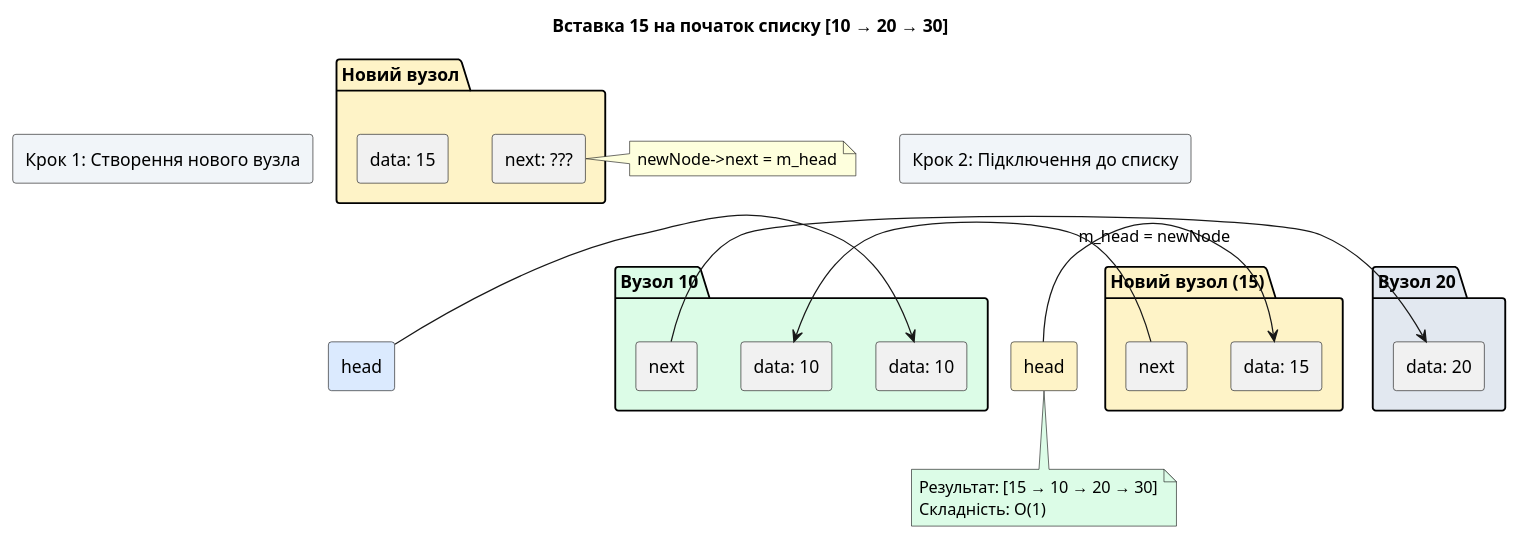
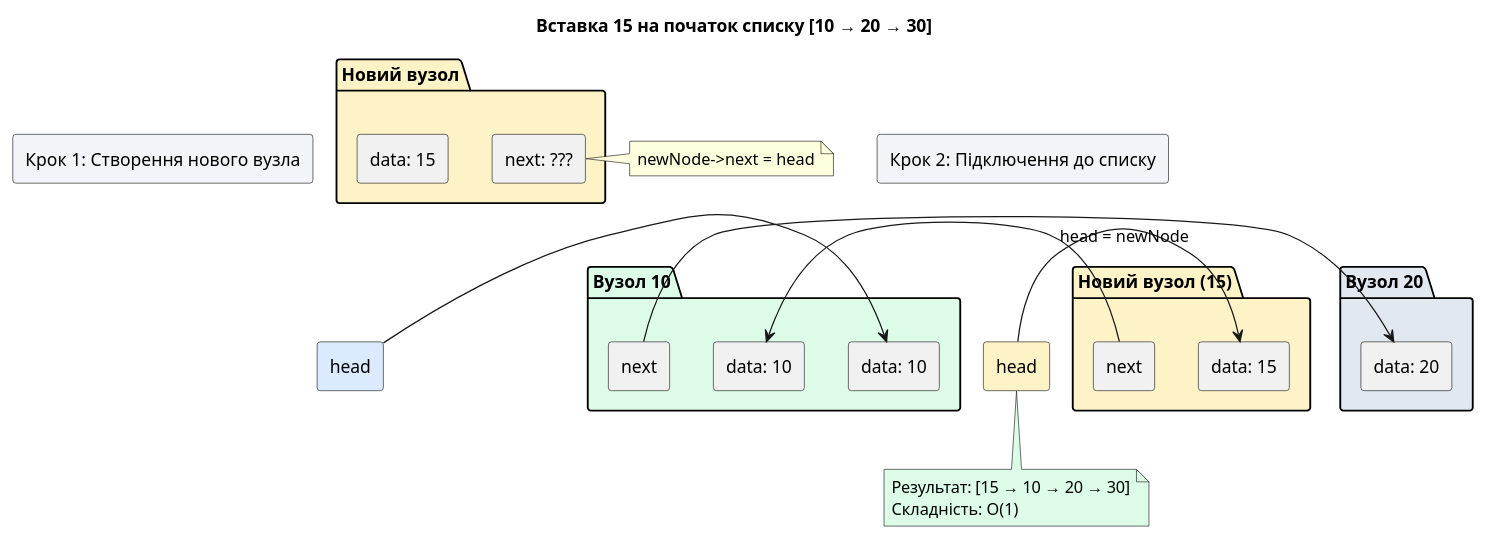
One commit to arakviel/kostyl.dev changed the second of 5 diagrams in content/02.cpp/90.linked-list.md. Above: the diagram before and after it, drawn with PlantUML. The commit also changed other lines of this file and 10 other files, not shown here.

````diff
--- a/content/02.cpp/90.linked-list.md
+++ b/content/02.cpp/90.linked-list.md
@@ -379,50 +392,50 @@
 ```plantuml
 @startuml
 skinparam style plain
 skinparam backgroundColor #FFFFFF
 
 title Вставка 15 на початок списку [10 → 20 → 30]
 
 rectangle "Крок 1: Створення нового вузла" as step1 #F1F5F9
 
 rectangle "head" as head1 #DBEAFE
 package "Новий вузол" #FEF3C7 {
     rectangle "data: 15" as new1
     rectangle "next: ???" as nextnew1
 }
 package "Вузол 10" #DCFCE7 {
     rectangle "data: 10" as d1_1
 }
 
 head1 -right-> d1_1
-note right of nextnew1 : newNode->next = m_head
+note right of nextnew1 : newNode->next = head
 
 rectangle "Крок 2: Підключення до списку" as step2 #F1F5F9
 
 rectangle "head" as head2 #FEF3C7
 package "Новий вузол (15)" #FEF3C7 {
     rectangle "data: 15" as new2
     rectangle "next" as nextnew2
 }
 package "Вузол 10" #DCFCE7 {
     rectangle "data: 10" as d1_2
     rectangle "next" as n1_2
 }
 package "Вузол 20" #E2E8F0 {
     rectangle "data: 20" as d2
 }
 
-head2 -right-> new2 : m_head = newNode
+head2 -right-> new2 : head = newNode
 nextnew2 -right-> d1_2
 n1_2 -right-> d2
 
 note bottom of head2 #DCFCE7
   Результат: [15 → 10 → 20 → 30]
   Складність: O(1)
 end note
 
 step1 -[hidden]down-> head1
 step2 -[hidden]down-> head2
 
 @enduml
 ```
````
